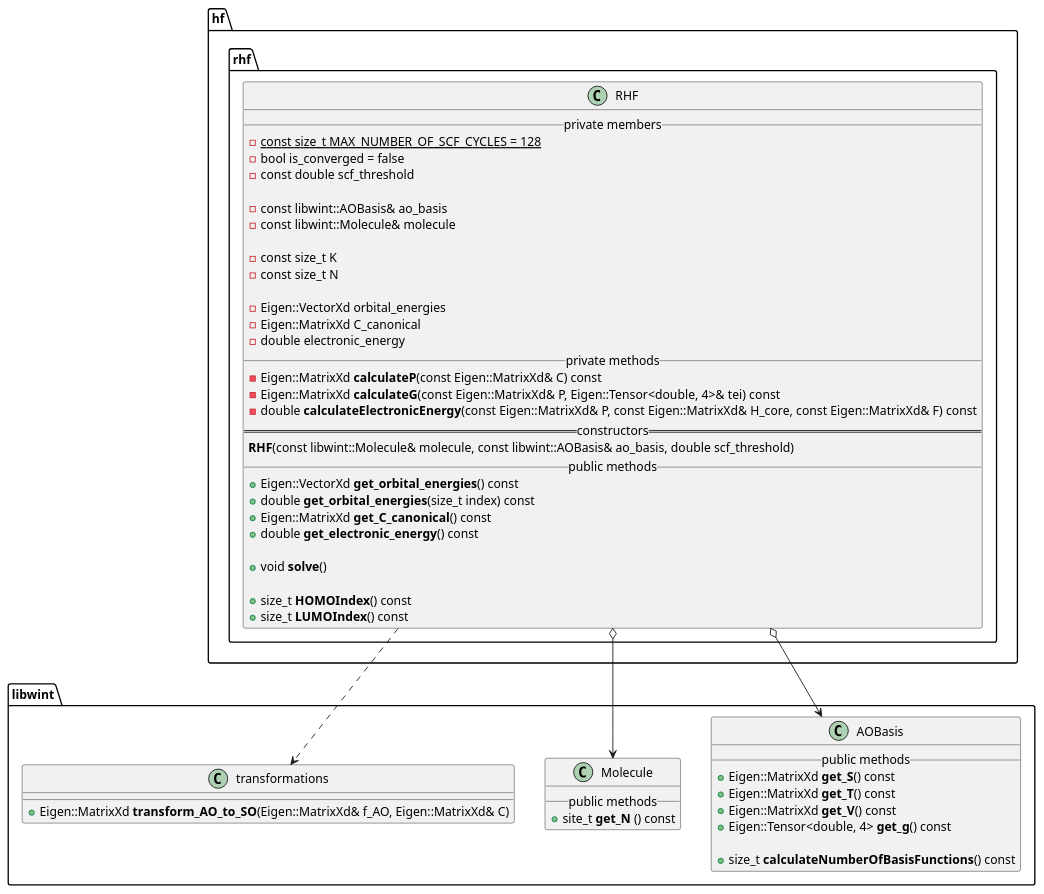
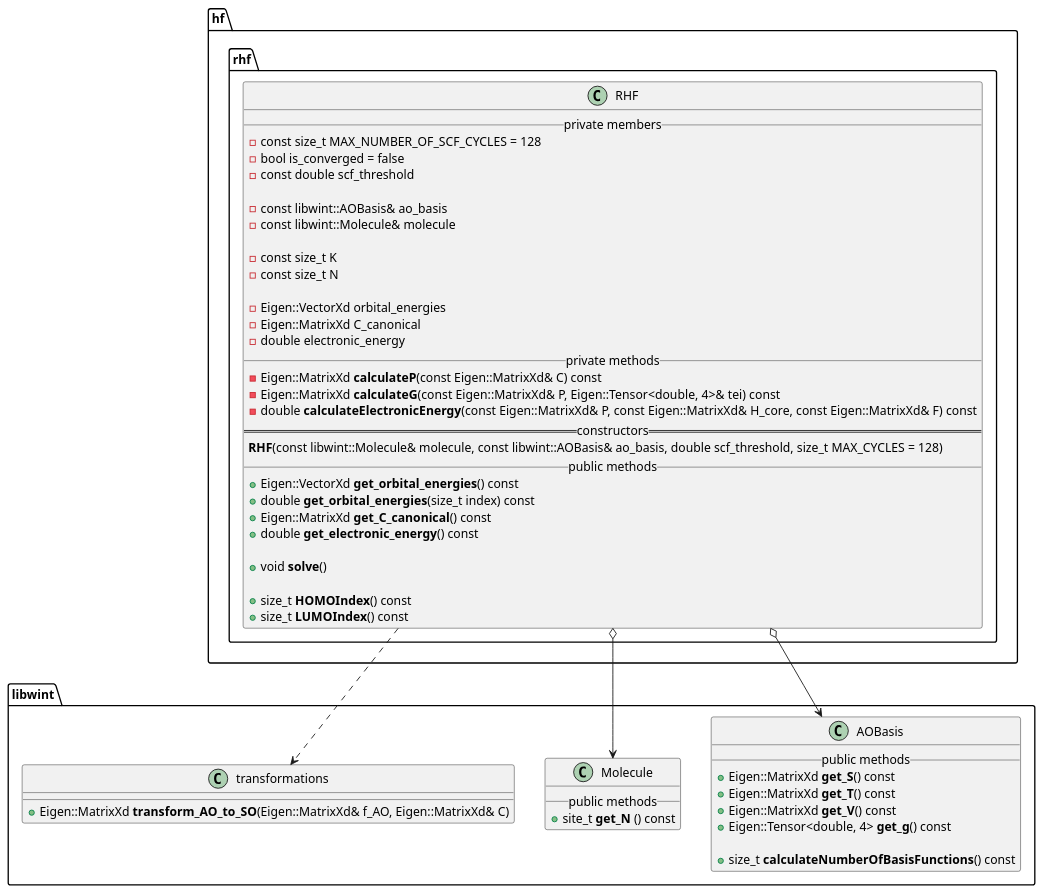
One commit to tmhuysen/hf changed the diagram in docs/hf.puml. Above: the diagram before and after it, drawn with PlantUML. The commit also changed 3 other files, not shown here.

```diff
--- a/docs/hf.puml
+++ b/docs/hf.puml
@@ -1,76 +1,76 @@
 @startuml
 
 
 namespace libwint {
 
     class AOBasis {
         __ public methods __
             + Eigen::MatrixXd **get_S**() const
             + Eigen::MatrixXd **get_T**() const
             + Eigen::MatrixXd **get_V**() const
             + Eigen::Tensor<double, 4> **get_g**() const
 
             + size_t **calculateNumberOfBasisFunctions**() const
     }
 
 
     class Molecule {
         __ public methods __
             + site_t **get_N** () const
     }
 
 
     class transformations {
         + Eigen::MatrixXd **transform_AO_to_SO**(Eigen::MatrixXd& f_AO, Eigen::MatrixXd& C)
     }
 
 }
 
 
 namespace hf {
     namespace rhf {
 
         class RHF {
             __ private members __
-                - const size_t {static} MAX_NUMBER_OF_SCF_CYCLES = 128
+                - const size_t MAX_NUMBER_OF_SCF_CYCLES = 128
                 - bool is_converged = false
                 - const double scf_threshold
 
                 - const libwint::AOBasis& ao_basis
                 - const libwint::Molecule& molecule
 
                 - const size_t K
                 - const size_t N
 
                 - Eigen::VectorXd orbital_energies
                 - Eigen::MatrixXd C_canonical
                 - double electronic_energy
             __ private methods __
                 - Eigen::MatrixXd **calculateP**(const Eigen::MatrixXd& C) const
                 - Eigen::MatrixXd **calculateG**(const Eigen::MatrixXd& P, Eigen::Tensor<double, 4>& tei) const
                 - double **calculateElectronicEnergy**(const Eigen::MatrixXd& P, const Eigen::MatrixXd& H_core, const Eigen::MatrixXd& F) const
             == constructors ==
-                **RHF**(const libwint::Molecule& molecule, const libwint::AOBasis& ao_basis, double scf_threshold)
+                **RHF**(const libwint::Molecule& molecule, const libwint::AOBasis& ao_basis, double scf_threshold, size_t MAX_CYCLES = 128)
             __ public methods __
                 + Eigen::VectorXd **get_orbital_energies**() const
                 + double **get_orbital_energies**(size_t index) const
                 + Eigen::MatrixXd **get_C_canonical**() const
                 + double **get_electronic_energy**() const
 
                 + void **solve**()
 
                 + size_t **HOMOIndex**() const
                 + size_t **LUMOIndex**() const
         }
     }
 }
 
 
 
 hf.rhf.RHF o--> libwint.AOBasis
 
 hf.rhf.RHF o--> libwint.Molecule
 
 hf.rhf.RHF ..> libwint.transformations
 
 @enduml
```
